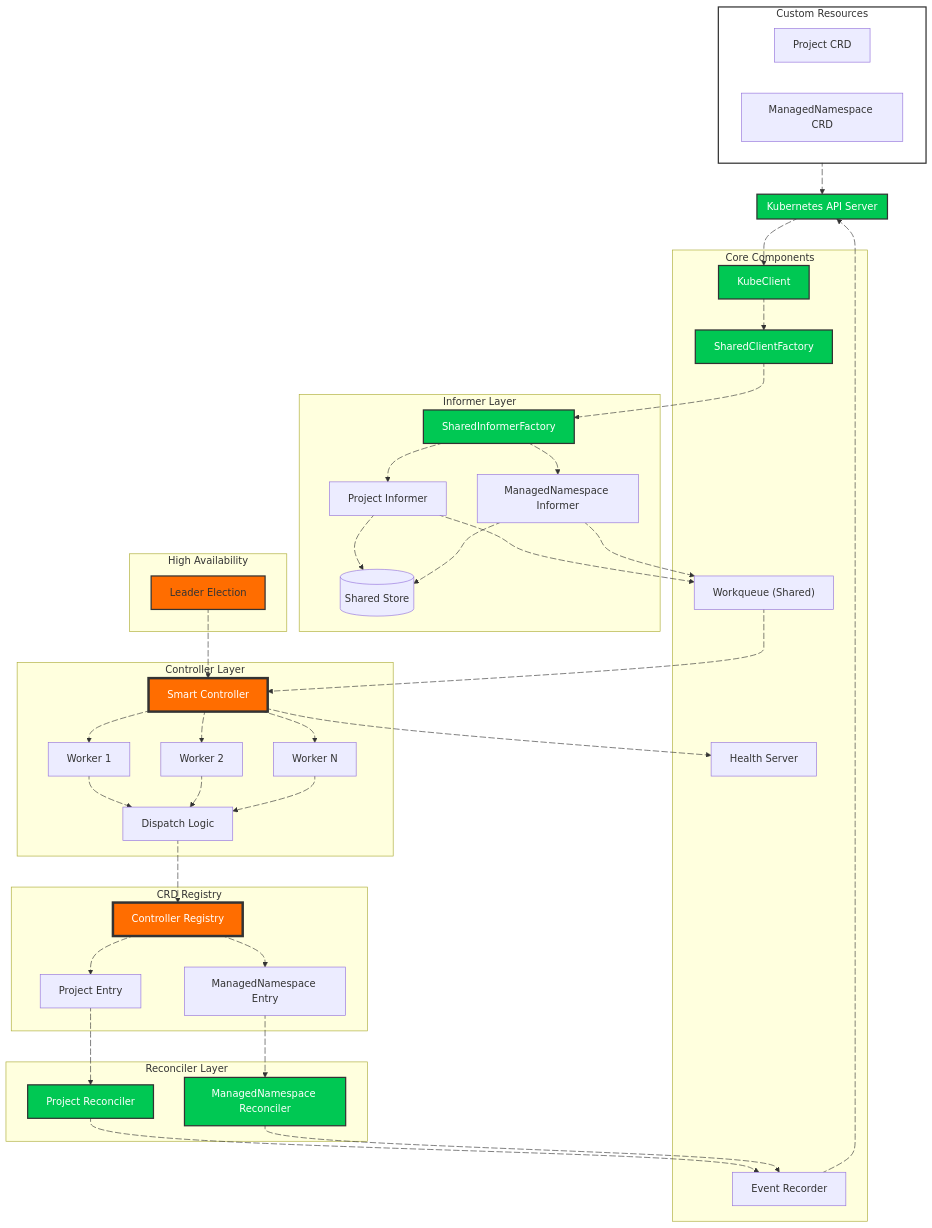
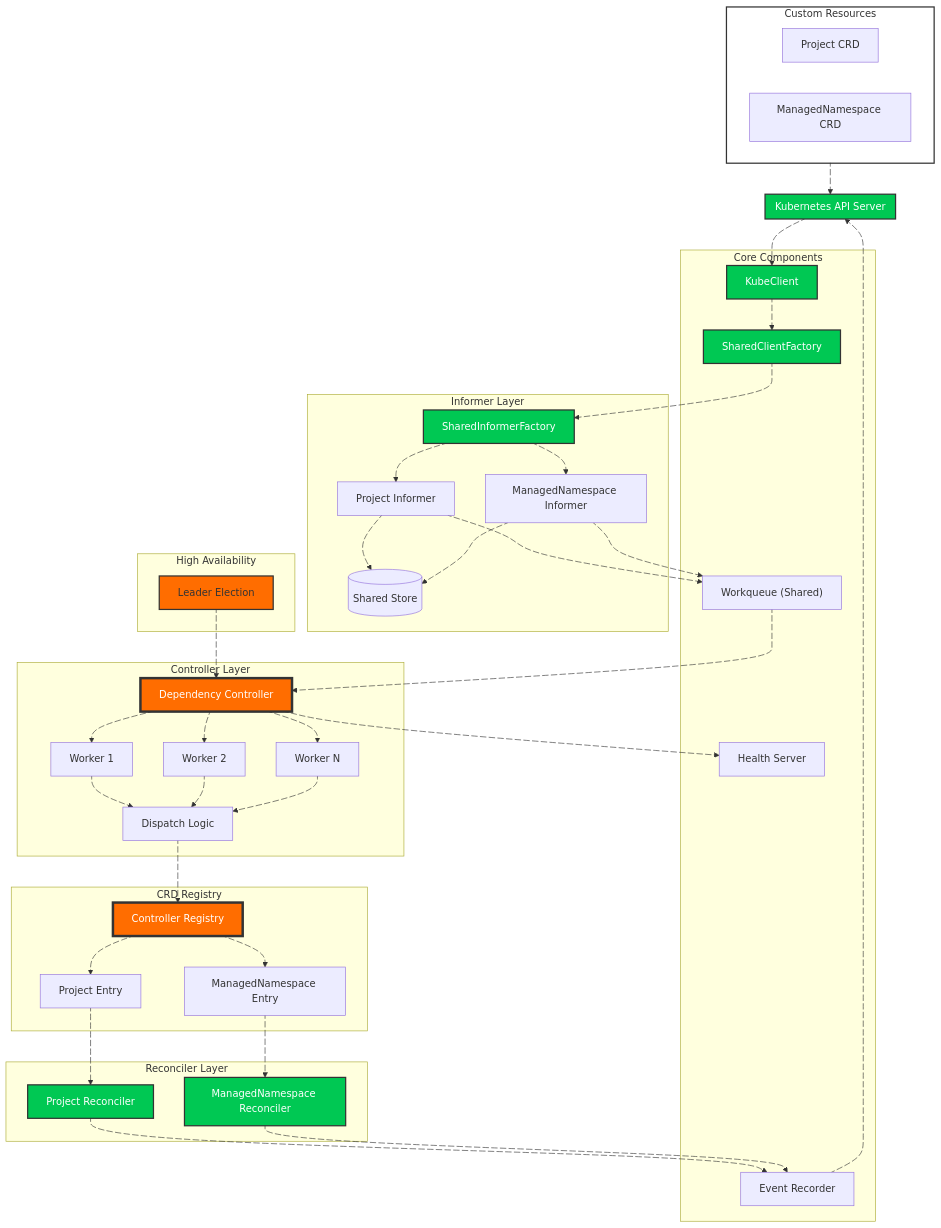
The diagram in README.md (iAlexeze/orkestra), drawn with Mermaid before and after one commit. The commit also changed other lines of this file and 16 other files, not shown here.

First line of the commit message:
feat: introduce dynamic CRD registry (YAML/Go), dependency graph controller, and per‑CRD resync intervals

```diff
--- a/README.md
+++ b/README.md
@@ -46,7 +46,7 @@
         R2["ManagedNamespace Entry"]
   end
  subgraph Controller["Controller Layer"]
-        C["Smart Controller"]
+        C["Dependency Controller"]
         W1["Worker 1"]
         W2["Worker 2"]
         W3["Worker N"]
```
